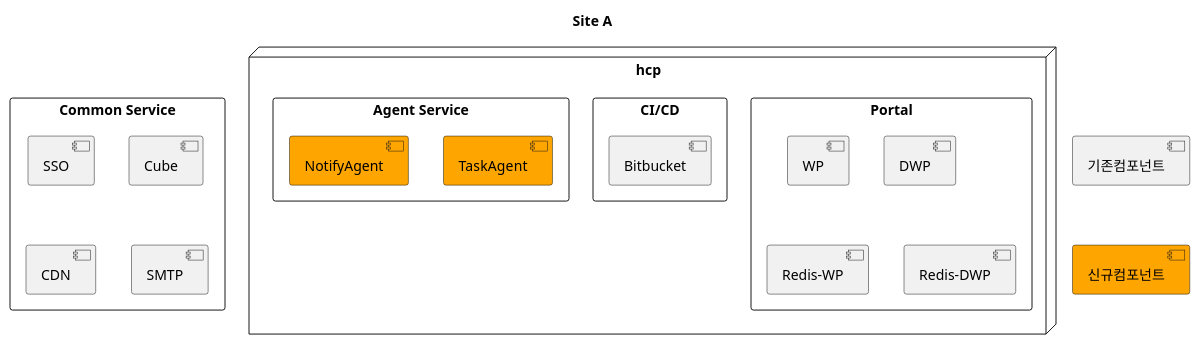
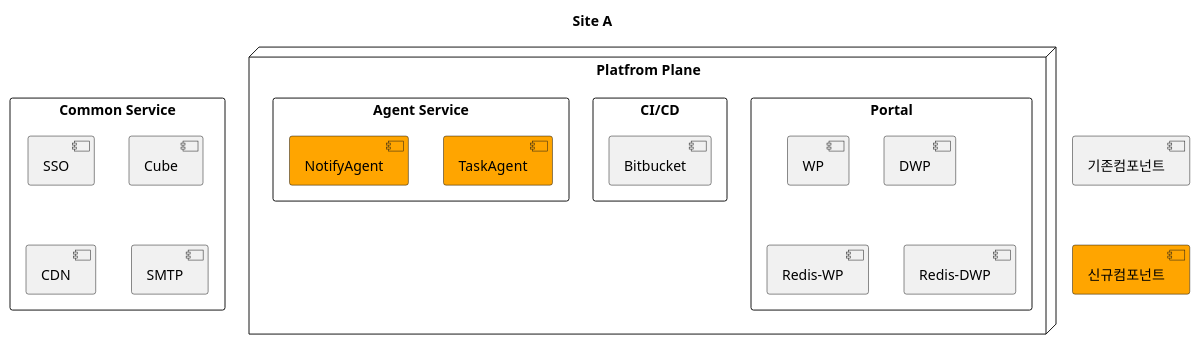
Before and after one commit to kloudbank/htdp1.github.io: the first of 8 diagrams in docs/src/multi-cloud/diagram.md, drawn with PlantUML. The commit also changed other lines of this file, not shown here.

```diff
--- a/docs/src/multi-cloud/diagram.md
+++ b/docs/src/multi-cloud/diagram.md
@@ -6,30 +6,30 @@
 @startuml
 
 title "Site A"
 
 [기존컴포넌트] as old
 [신규컴포넌트] as new #orange
 old -[hidden]d-> new
 
 rectangle "Common Service" as a_comm {
     [SSO] as a_comm_sso
     [Cube] as a_comm_cube
     [CDN] as a_comm_cnd
     [SMTP] as a_comm_smtp
 }
-node "hcp" as hcp {
+node "Platfrom Plane" as hcp {
     rectangle "Portal" as hcp_portal {
         [WP] as hcp_portal_wp
         [DWP] as hcp_portal_dwp
         [Redis-WP] as hcp_portal_rediswp
         [Redis-DWP] as hcp_portal_redisdwp
     }
     rectangle "CI/CD" as hcp_cicd {
         [Bitbucket] as hcp_cicd_bitbucket
     }
     rectangle "Agent Service" as hcp_agent {
         [TaskAgent] as hcp_agent_taskagent #orange
         [NotifyAgent] as hcp_agent_notifyagent #orange
     }
 }
 @enduml
```
